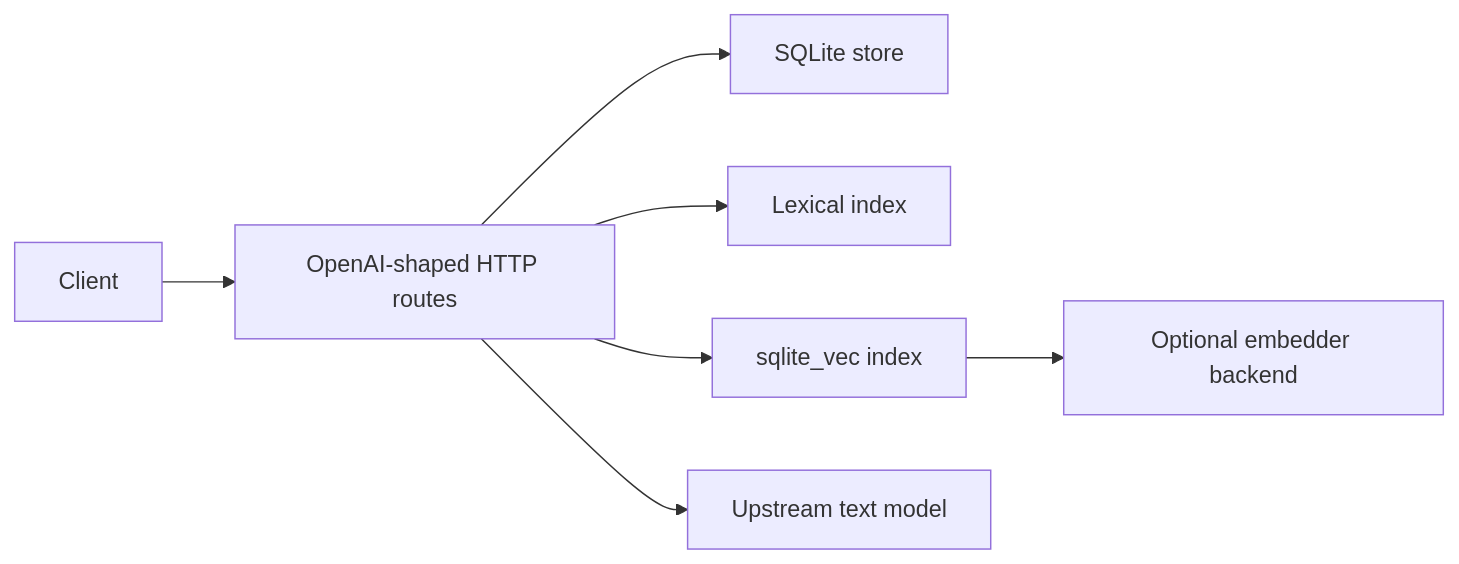
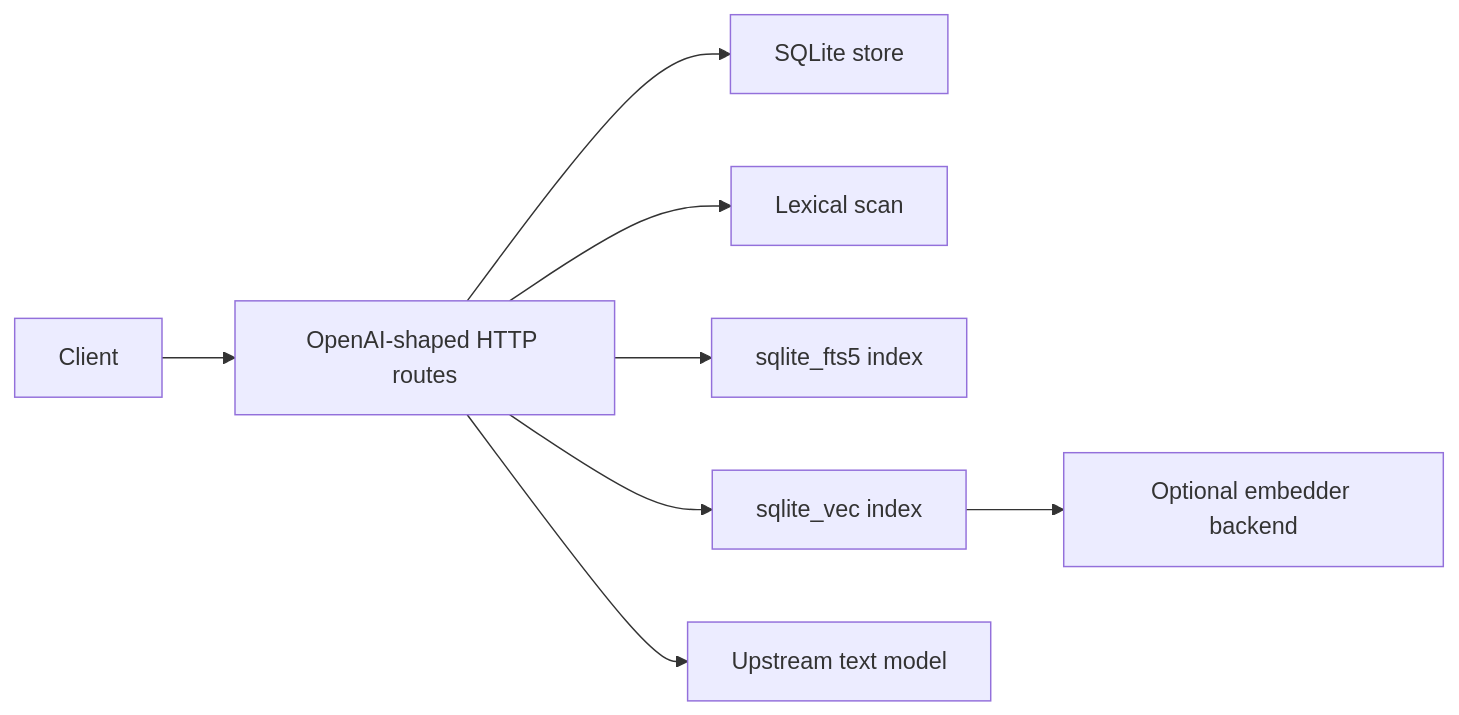
One commit to avelrl/llama_shim changed the first of 2 diagrams in docs/v3-storage-retrieval-backends.md. Above: the diagram before and after it, drawn with Mermaid. The commit also changed other lines of this file and 14 other files, not shown here.

Commit message:
Add SQLite FTS5 retrieval backend

````diff
--- a/docs/v3-storage-retrieval-backends.md
+++ b/docs/v3-storage-retrieval-backends.md
@@ -42,17 +43,19 @@
 ```mermaid
 flowchart LR
   client["Client"]
   http["OpenAI-shaped HTTP routes"]
   sqlite["SQLite store"]
-  lexical["Lexical index"]
+  lexical["Lexical scan"]
+  fts5["sqlite_fts5 index"]
   sqlitevec["sqlite_vec index"]
   embedder["Optional embedder backend"]
   model["Upstream text model"]
 
   client --> http
   http --> sqlite
   http --> lexical
+  http --> fts5
   http --> sqlitevec
   sqlitevec --> embedder
   http --> model
 ```
````
